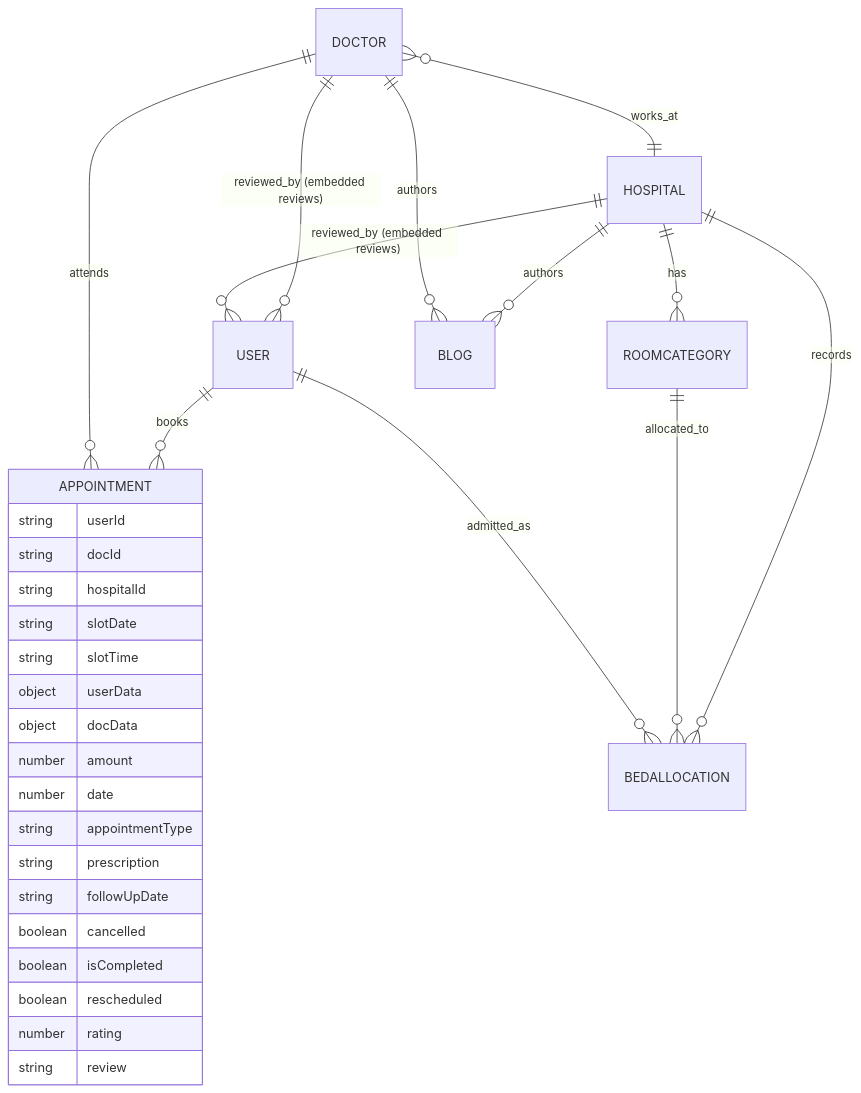
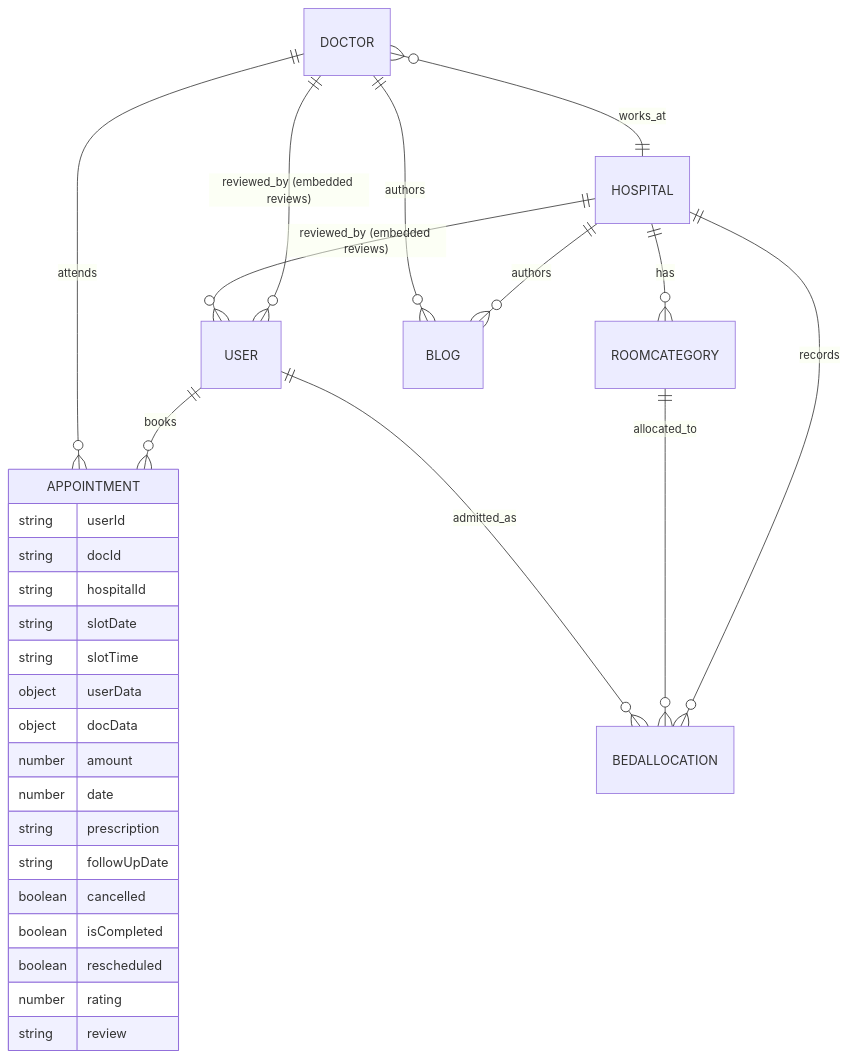
The seventh of 8 diagrams in HEALHUB_BLUEPRINT.md (charanp2006/healhub), drawn with Mermaid before and after one commit. The commit also changed other lines of this file and 33 other files, not shown here.

````diff
--- a/HEALHUB_BLUEPRINT.md
+++ b/HEALHUB_BLUEPRINT.md
@@ -642,34 +642,33 @@
 ```mermaid
 erDiagram
     USER ||--o{ APPOINTMENT : books
     DOCTOR ||--o{ APPOINTMENT : attends
     DOCTOR }o--|| HOSPITAL : works_at
     HOSPITAL ||--o{ ROOMCATEGORY : has
     HOSPITAL ||--o{ BEDALLOCATION : records
     ROOMCATEGORY ||--o{ BEDALLOCATION : allocated_to
     USER ||--o{ BEDALLOCATION : admitted_as
     HOSPITAL ||--o{ BLOG : authors
     DOCTOR ||--o{ BLOG : authors
     DOCTOR ||--o{ USER : "reviewed_by (embedded reviews)"
     HOSPITAL ||--o{ USER : "reviewed_by (embedded reviews)"
 
     APPOINTMENT {
         string userId
         string docId
         string hospitalId
         string slotDate
         string slotTime
         object userData
         object docData
         number amount
         number date
-        string appointmentType
         string prescription
         string followUpDate
         boolean cancelled
         boolean isCompleted
         boolean rescheduled
         number rating
         string review
     }
 ```
````
